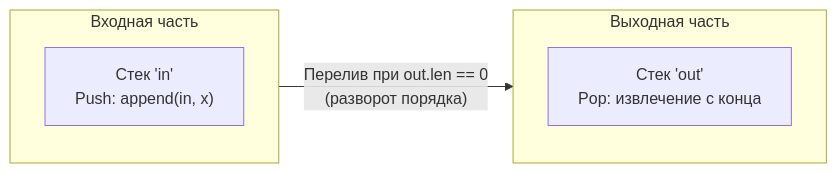
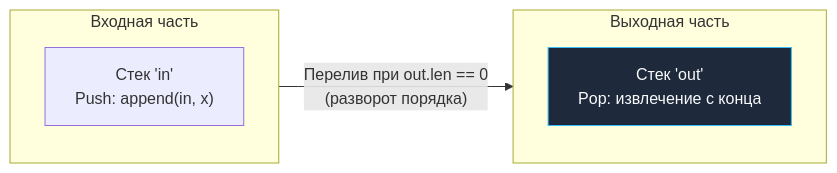
One commit to UnrealTemplier/go-textbook changed the third of 4 diagrams in sources/20. Алгоритмы и структуры данных (DSA) на Go/02. Базовые структуры данных/5. Очередь.md. Above: the diagram before and after it, drawn with Mermaid. The commit also changed other lines of this file and 1666 other files, not shown here.

First line of the commit message:
feat(mermaid): add semantic color classDef to 1369 colorless flowchart/graph diagrams

````diff
--- a/sources/20. Алгоритмы и структуры данных (DSA) на Go/02. Базовые структуры данных/5. Очередь.md
+++ b/sources/20. Алгоритмы и структуры данных (DSA) на Go/02. Базовые структуры данных/5. Очередь.md
@@ -143,12 +163,22 @@
 ```mermaid
 flowchart LR
+    classDef process  fill:#1e293b,stroke:#38bdf8,stroke-width:1px,color:#f8fafc
+    classDef success  fill:#064e3b,stroke:#34d399,stroke-width:1px,color:#f8fafc
+    classDef error    fill:#7f1d1d,stroke:#f87171,stroke-width:1px,color:#f8fafc
+    classDef warning  fill:#78350f,stroke:#fbbf24,stroke-width:1px,color:#f8fafc
+    classDef entry    fill:#1e3a5f,stroke:#38bdf8,stroke-width:2px,color:#f8fafc
+    classDef aux      fill:#334155,stroke:#64748b,stroke-width:1px,color:#f8fafc
+    classDef system   fill:#312e81,stroke:#a78bfa,stroke-width:1px,color:#f8fafc
+    classDef data     fill:#132d29,stroke:#2dd4bf,stroke-width:1px,color:#f8fafc
+    classDef network  fill:#881337,stroke:#fb7185,stroke-width:1px,color:#f8fafc
+    classDef accent   fill:#1e1b4b,stroke:#818cf8,stroke-width:1px,color:#f8fafc
     subgraph EnqueueSide["Входная часть"]
         InStack["Стек 'in'<br/>Push: append(in, x)"]
     end
 
     subgraph DequeueSide["Выходная часть"]
-        OutStack["Стек 'out'<br/>Pop: извлечение с конца"]
+        OutStack["Стек 'out'<br/>Pop: извлечение с конца"]:::process
     end
 
     EnqueueSide -->|"Перелив при out.len == 0<br/>(разворот порядка)"| DequeueSide
 ```
````
